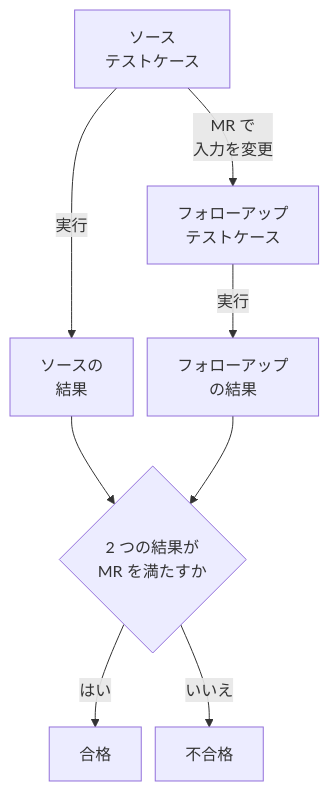
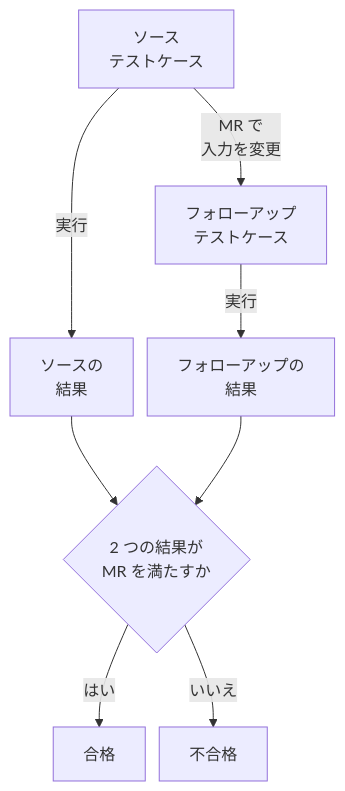
One commit to ozaki25/jstqb-foundation-training-ozaki25 changed the diagram in sites/al-ta/docs/lessons/lesson17/index.md. Above: the diagram before and after it, drawn with Mermaid. The commit also changed 10 other files, not shown here.

````diff
--- a/sites/al-ta/docs/lessons/lesson17/index.md
+++ b/sites/al-ta/docs/lessons/lesson17/index.md
@@ -23,11 +23,11 @@
 ```mermaid
 %%{init: {"flowchart": {"nodeSpacing": 14}}}%%
 flowchart TB
     S[ソース\nテストケース] -- MR で\n入力を変更 --> F[フォローアップ\nテストケース]
     S -- 実行 --> RS[ソースの\n結果]
-    F -- 実行 --> RF[フォローアップ\nの結果]
+    F -- 実行 --> RF[フォローアップの\n結果]
     RS --> J{2 つの結果が\nMR を満たすか}
     RF --> J
     J -- はい --> P[合格]
     J -- いいえ --> X[不合格]
 ```
````
